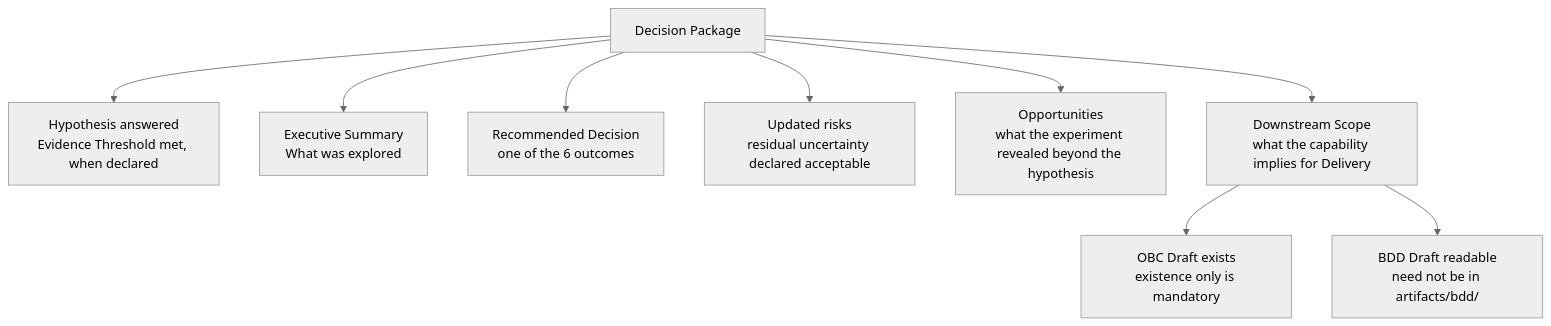
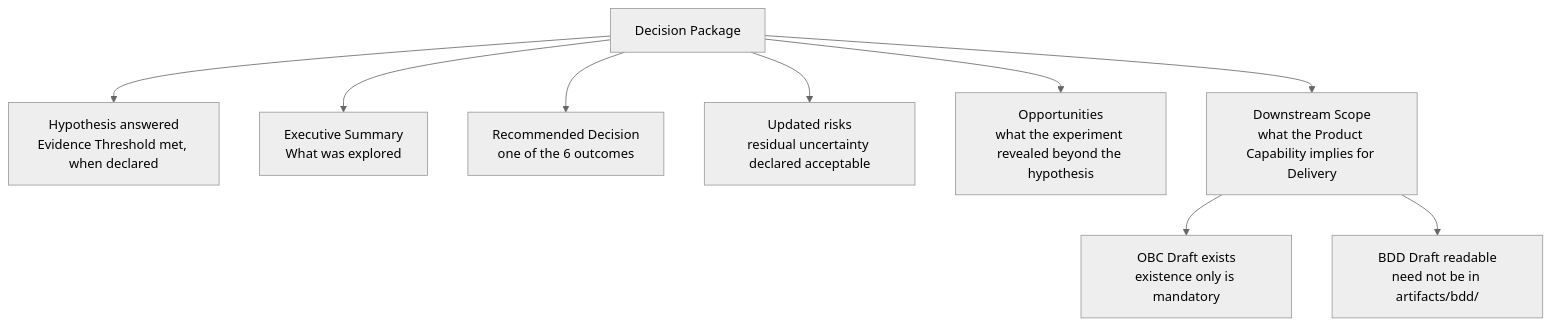
One commit to produtoreativo/from-intent-to-outcome changed the diagram in en/chapter-07.md. Above: the diagram before and after it, drawn with Mermaid (neutral theme). The commit also changed other lines of this file and 17 other files, not shown here.

First line of the commit message:
refactor(terminology): substitui 'capability' por 'Product Capability' em todo o livro (PT + EN)

````diff
--- a/en/chapter-07.md
+++ b/en/chapter-07.md
@@ -60,11 +60,11 @@
 ```mermaid
 graph TD
     DP["Decision Package"] --> H["Hypothesis answered\nEvidence Threshold met, when declared"]
     DP --> ES["Executive Summary\nWhat was explored"]
     DP --> REC["Recommended Decision\none of the 6 outcomes"]
     DP --> RSK["Updated risks\nresidual uncertainty declared acceptable"]
     DP --> OPP["Opportunities\nwhat the experiment revealed beyond the hypothesis"]
-    DP --> DS["Downstream Scope\nwhat the capability implies for Delivery"]
+    DP --> DS["Downstream Scope\nwhat the Product Capability implies for Delivery"]
     DS --> OBC_D["OBC Draft exists\nexistence only is mandatory"]
     DS --> BDD_D["BDD Draft readable\nneed not be in artifacts/bdd/"]
 ```
````
